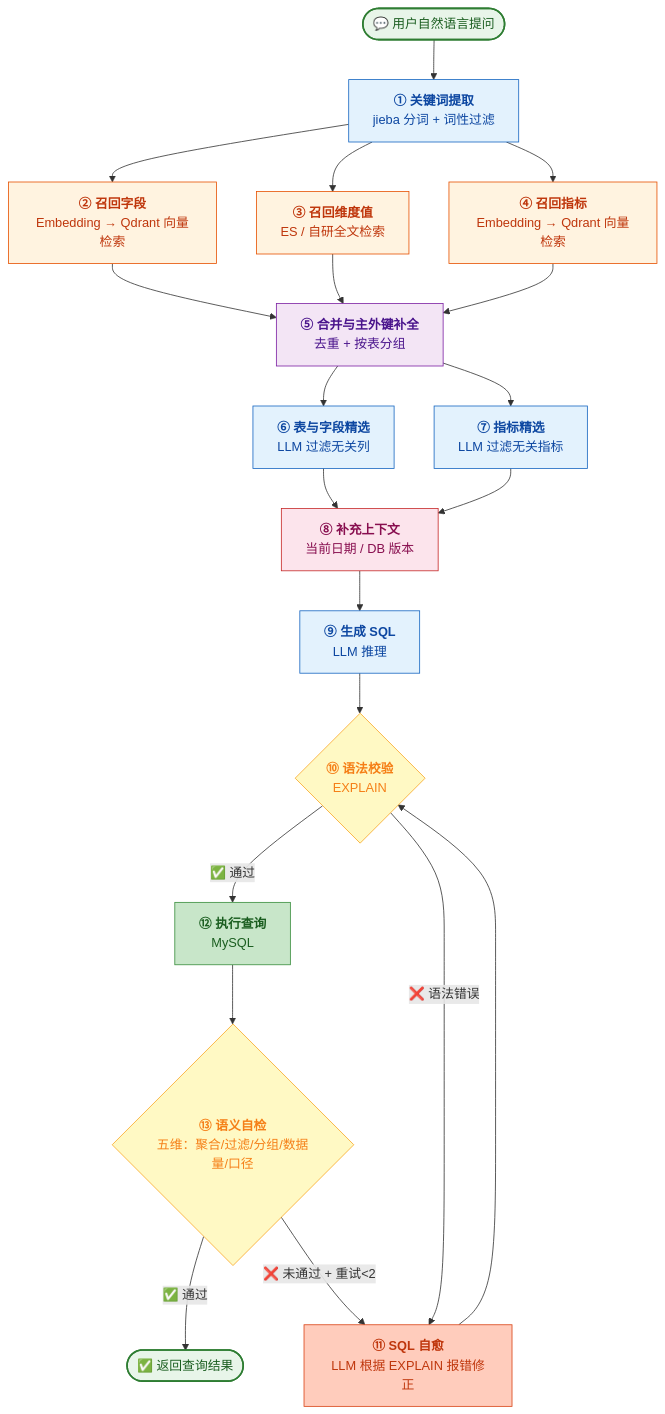
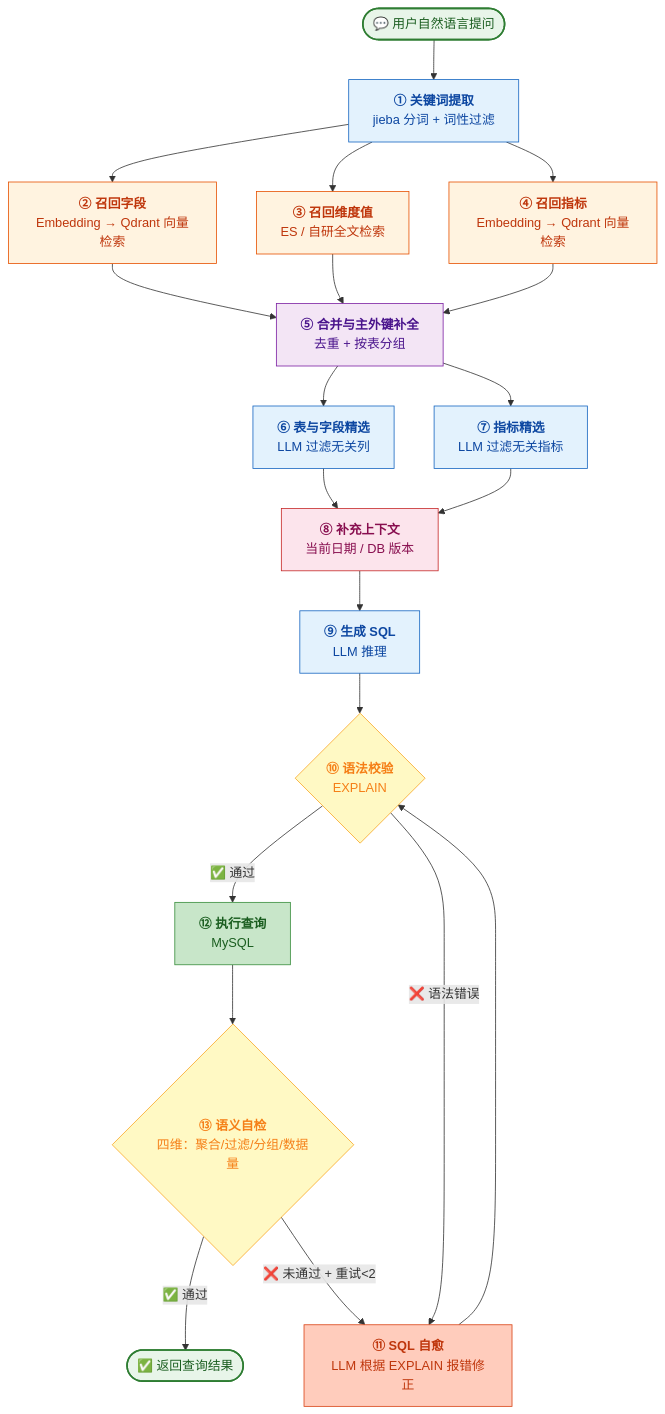
The first of 2 diagrams in README.md (yj9407/RAG-ZhiDaFangZhou), drawn with Mermaid before and after one commit. The commit also changed other lines of this file, not shown here.

Commit message:
docs: 修正自检维度描述（四维：聚合/过滤/分组/数据量）

````diff
--- a/README.md
+++ b/README.md
@@ -19,41 +19,41 @@
 ```mermaid
 graph TD
     START(["💬 用户自然语言提问"]):::startEnd
     START --> N1["<b>① 关键词提取</b><br/>jieba 分词 + 词性过滤"]:::llm
 
     N1 --> N2["<b>② 召回字段</b><br/>Embedding → Qdrant 向量检索"]:::search
     N1 --> N3["<b>③ 召回维度值</b><br/>ES / 自研全文检索"]:::search
     N1 --> N4["<b>④ 召回指标</b><br/>Embedding → Qdrant 向量检索"]:::search
 
     N2 --> N5["<b>⑤ 合并与主外键补全</b><br/>去重 + 按表分组"]:::merge
     N3 --> N5
     N4 --> N5
 
     N5 --> N6["<b>⑥ 表与字段精选</b><br/>LLM 过滤无关列"]:::llm
     N5 --> N7["<b>⑦ 指标精选</b><br/>LLM 过滤无关指标"]:::llm
 
     N6 --> N8["<b>⑧ 补充上下文</b><br/>当前日期 / DB 版本"]:::ctx
     N7 --> N8
 
     N8 --> N9["<b>⑨ 生成 SQL</b><br/>LLM 推理"]:::llm
 
     N9 --> N10{"<b>⑩ 语法校验</b><br/>EXPLAIN"}:::decision
 
     N10 -->|"✅ 通过"| N12["<b>⑫ 执行查询</b><br/>MySQL"]:::exec
     N10 -->|"❌ 语法错误"| N11["<b>⑪ SQL 自愈</b><br/>LLM 根据 EXPLAIN 报错修正"]:::fix
     N11 --> N10
 
-    N12 --> N13{"<b>⑬ 语义自检</b><br/>五维：聚合/过滤/分组/数据量/口径"}:::decision
+    N12 --> N13{"<b>⑬ 语义自检</b><br/>四维：聚合/过滤/分组/数据量"}:::decision
 
     N13 -->|"✅ 通过"| END(["✅ 返回查询结果"]):::startEnd
     N13 -->|"❌ 未通过 + 重试&lt;2"| N11
 
     classDef startEnd fill:#e8f5e9,stroke:#2e7d32,stroke-width:2px,color:#1b5e20
     classDef llm fill:#e3f2fd,stroke:#1565c0,color:#0d47a1
     classDef search fill:#fff3e0,stroke:#e65100,color:#bf360c
     classDef merge fill:#f3e5f5,stroke:#7b1fa2,color:#4a148c
     classDef ctx fill:#fce4ec,stroke:#c62828,color:#880e4f
     classDef decision fill:#fff9c4,stroke:#f9a825,color:#f57f17
     classDef exec fill:#c8e6c9,stroke:#388e3c,color:#1b5e20
     classDef fix fill:#ffccbc,stroke:#d84315,color:#bf360c
 ```
````
